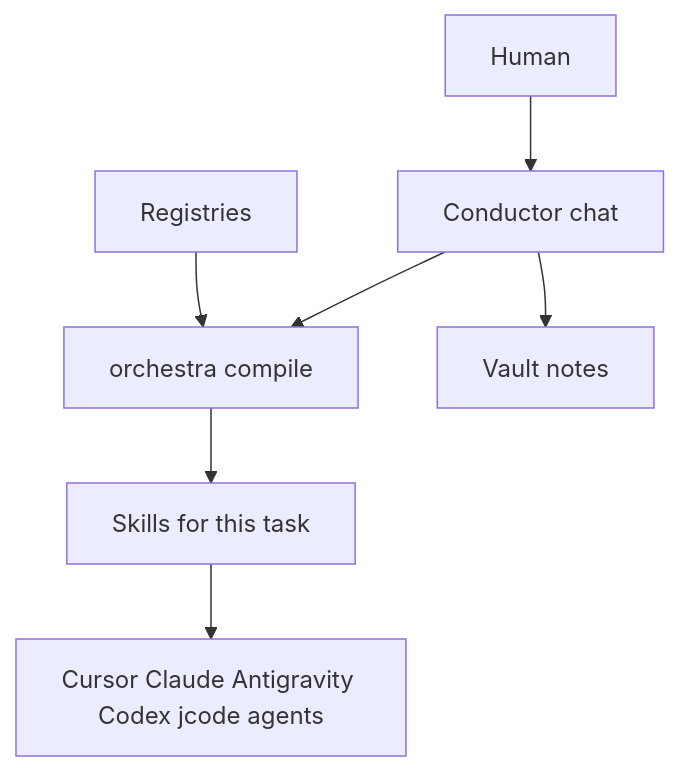
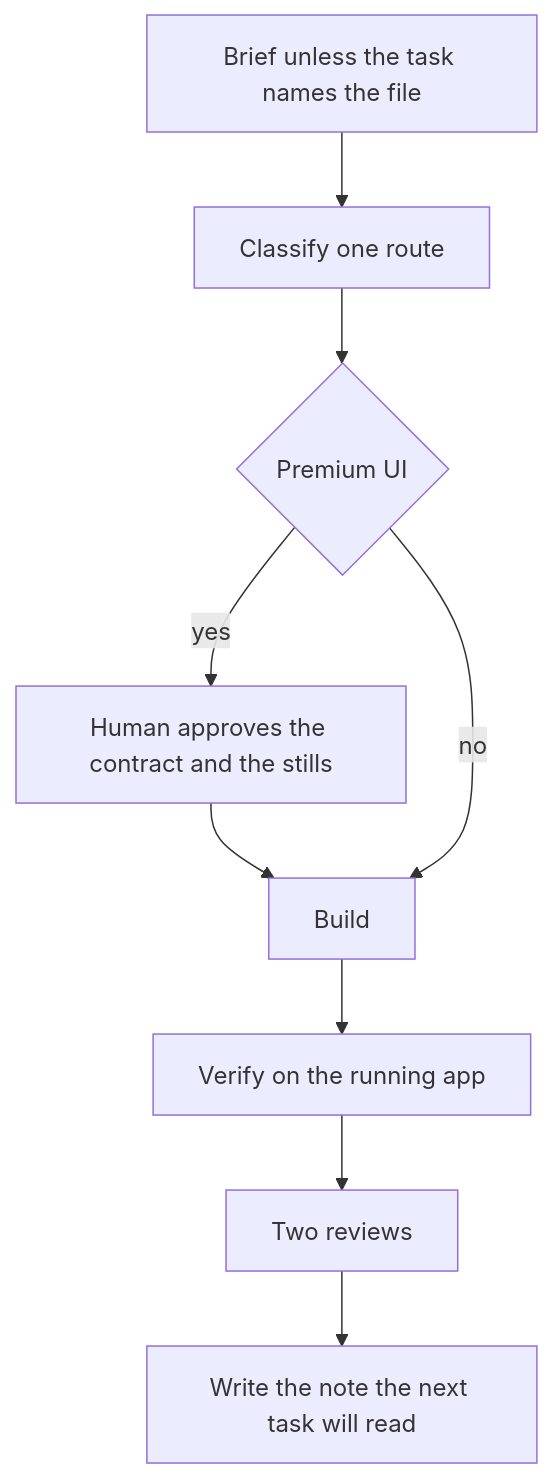
Before and after one commit to mahik504/orchestra-workflow: the first of 3 diagrams in README.md, drawn with Mermaid. The commit also changed other lines of this file and 2 other files, not shown here.

First line of the commit message:
Write the 5.5 README as the method, the history, and the harness comparison.

````diff
--- a/README.md
+++ b/README.md
@@ -65,9 +51,16 @@
 ```mermaid
-flowchart TB
-  human[Human] --> conductor[Conductor chat]
-  conductor --> compile[orchestra compile]
-  registries[Registries] --> compile
-  compile --> skills[Skills for this task]
-  conductor --> vault[Vault notes]
-  skills --> hosts[Cursor Claude Antigravity Codex jcode agents]
+flowchart TD
+  brief[Brief unless the task names the file]
+  classify[Classify one route]
+  gate{Premium UI}
+  stills[Human approves the contract and the stills]
+  build[Build]
+  verify[Verify on the running app]
+  review[Two reviews]
+  remember[Write the note the next task will read]
+
+  brief --> classify --> gate
+  gate -->|yes| stills --> build
+  gate -->|no| build
+  build --> verify --> review --> remember
 ```
````
